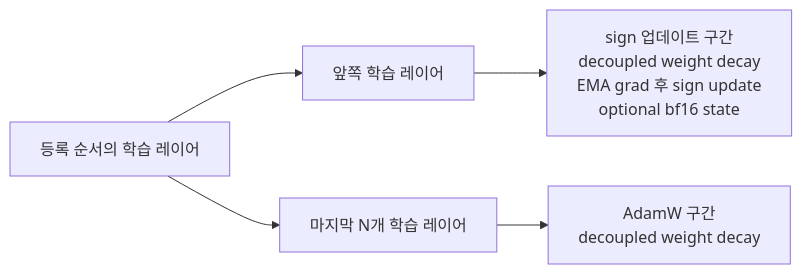
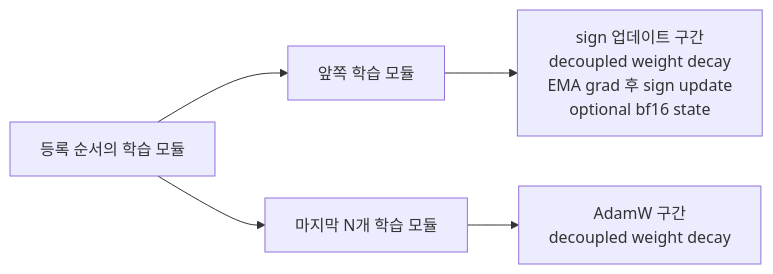
Before and after one commit to smturtle2/stac-optimizer: the diagram in README.ko.md, drawn with Mermaid. The commit also changed other lines of this file and 10 other files, not shown here.

````diff
--- a/README.ko.md
+++ b/README.ko.md
@@ -22,7 +22,7 @@
 ```mermaid
 flowchart LR
-    A[등록 순서의 학습 레이어] --> B[앞쪽 학습 레이어]
-    A --> C[마지막 N개 학습 레이어]
+    A[등록 순서의 학습 모듈] --> B[앞쪽 학습 모듈]
+    A --> C[마지막 N개 학습 모듈]
     B --> D[sign 업데이트 구간<br/>decoupled weight decay<br/>EMA grad 후 sign update<br/>optional bf16 state]
     C --> E[AdamW 구간<br/>decoupled weight decay]
 ```
````
